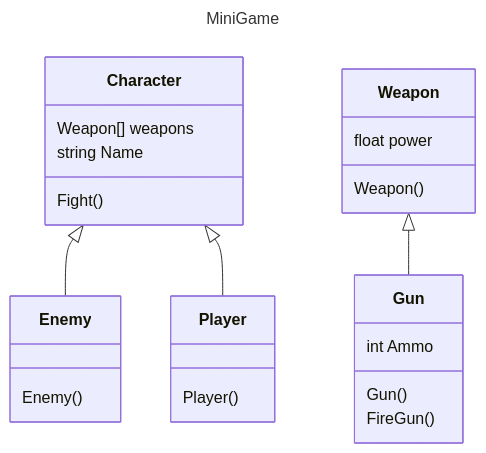
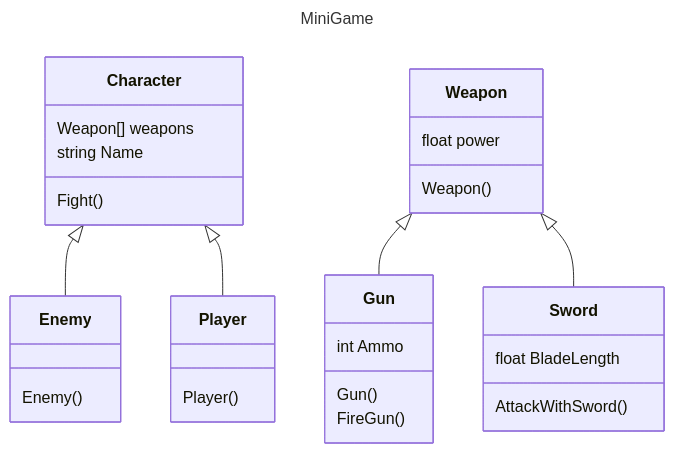
The diagram in README.md (whamslambamsam/LP1Semana08), drawn with Mermaid before and after one commit.

Commit message:
Added Sword class to README file

````diff
--- a/README.md
+++ b/README.md
@@ -1,23 +1,27 @@
 ```mermaid
 ---
 title: MiniGame
 ---
 classDiagram
 Character : Weapon[] weapons
 Character : string Name
 Character : Fight()
 
 Character <|-- Enemy
 Enemy : Enemy()
 
 Character <|-- Player
 Player : Player()
 
 Weapon : float power
 Weapon : Weapon()
 
 Weapon <|-- Gun
 Gun : int Ammo
 Gun : Gun()
 Gun : FireGun()
+
+Weapon <|-- Sword
+Sword : float BladeLength
+Sword : AttackWithSword()
 ```
````
